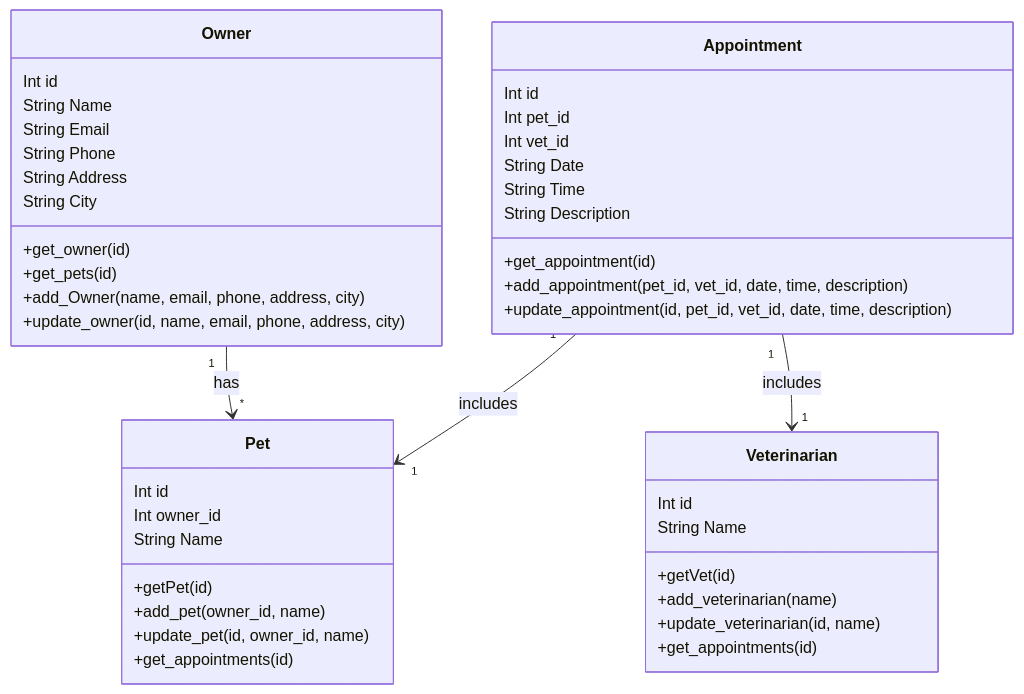
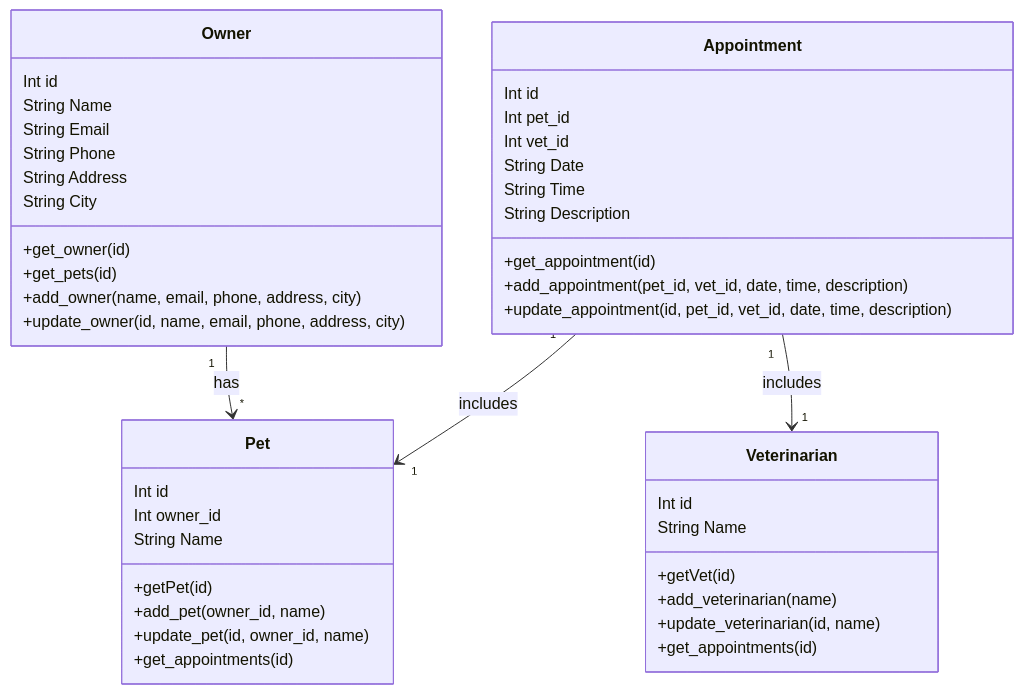
One commit to RCristiano/api-agenda changed the second of 2 diagrams in README.md. Above: the diagram before and after it, drawn with Mermaid. The commit also changed other lines of this file, not shown here.

Commit message:
📝 Add python version

````diff
--- a/README.md
+++ b/README.md
@@ -37,46 +37,46 @@
 ```mermaid
 classDiagram
     class Owner{
         Int id
         String Name
         String Email
         String Phone
         String Address
         String City
         +get_owner(id)
         +get_pets(id)
-        +add_Owner(name, email, phone, address, city)
+        +add_owner(name, email, phone, address, city)
         +update_owner(id, name, email, phone, address, city)
     }
     class Pet{
         Int id
         Int owner_id
         String Name
         +getPet(id)
         +add_pet(owner_id, name)
         +update_pet(id, owner_id, name)
         +get_appointments(id)
     }
     class Veterinarian{
         Int id
         String Name
         +getVet(id)
         +add_veterinarian(name)
         +update_veterinarian(id, name)
         +get_appointments(id)
     }
     class Appointment{
         Int id
         Int pet_id
         Int vet_id
         String Date
         String Time
         String Description
         +get_appointment(id)
         +add_appointment(pet_id, vet_id, date, time, description)
         +update_appointment(id, pet_id, vet_id, date, time, description)
     }
     Owner "1" --> "*" Pet : has
     Appointment "1" --> "1" Pet : includes
     Appointment "1" --> "1" Veterinarian : includes
 ```
````
